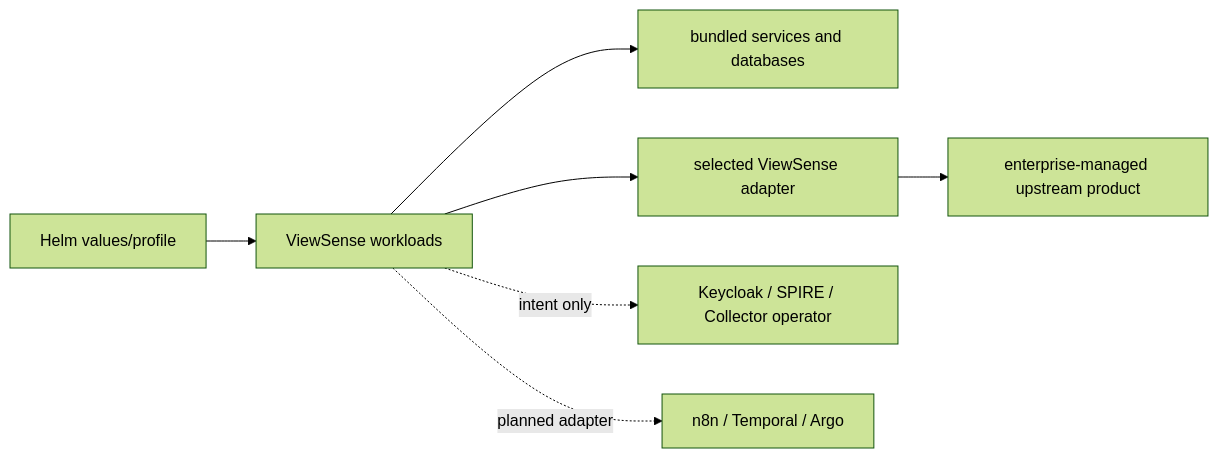
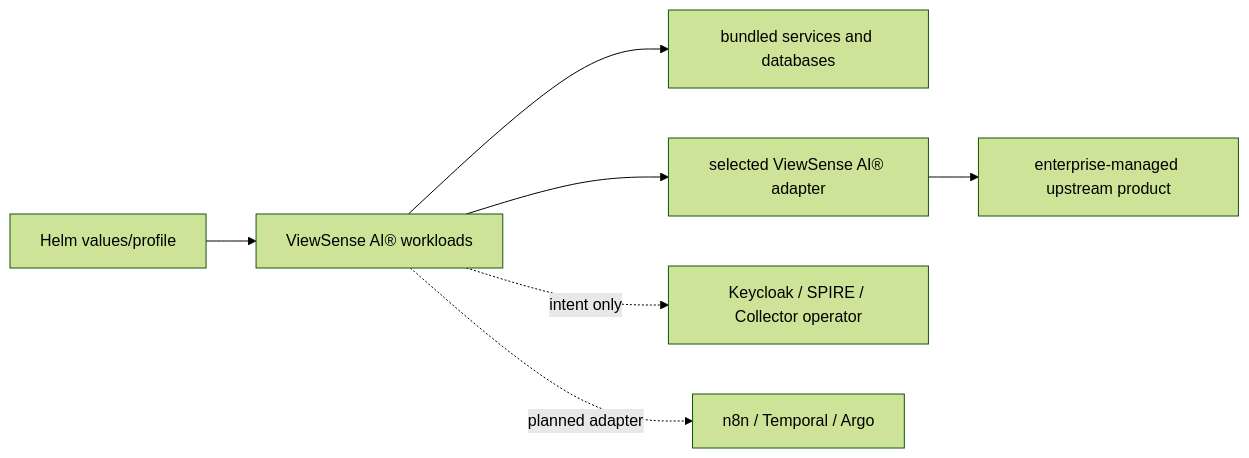
One commit to diaryfolio/aiops-fabric changed the second of 2 diagrams in docs/design/high-level/20-deployment/01-deployment-topology-sizing.md. Above: the diagram before and after it, drawn with Mermaid (forest theme). The commit also changed other lines of this file and 83 other files, not shown here.

````diff
--- a/docs/design/high-level/20-deployment/01-deployment-topology-sizing.md
+++ b/docs/design/high-level/20-deployment/01-deployment-topology-sizing.md
@@ -89,9 +89,9 @@
 ```mermaid
 flowchart LR
-    Values["Helm values/profile"] --> Render["ViewSense workloads"]
+    Values["Helm values/profile"] --> Render["ViewSense AI® workloads"]
     Render --> Bundled["bundled services and databases"]
-    Render --> Adapter["selected ViewSense adapter"]
+    Render --> Adapter["selected ViewSense AI® adapter"]
     Render -. "intent only" .-> Managed["Keycloak / SPIRE / Collector operator"]
     Render -. "planned adapter" .-> Workflow["n8n / Temporal / Argo"]
     Adapter --> External["enterprise-managed upstream product"]
 ```
````
